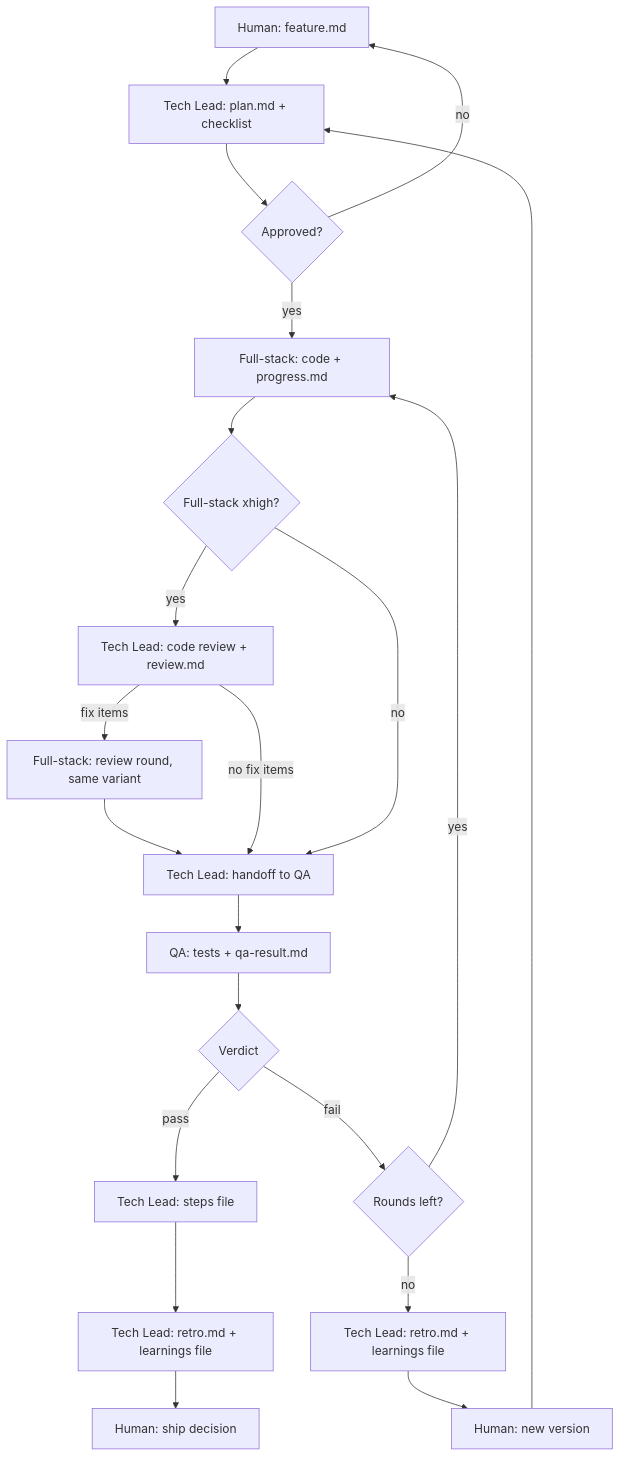
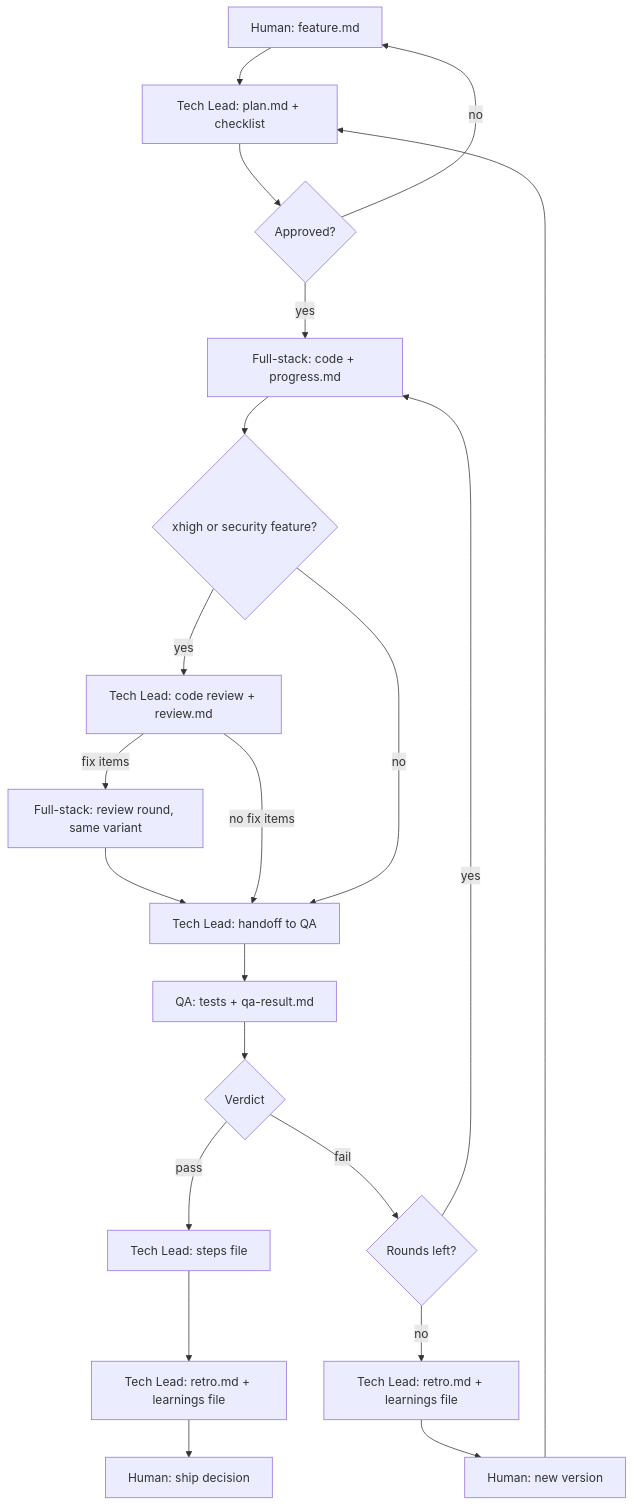
One commit to Antarsoft/morphness changed the diagram in template/harness/SETUP.md. Above: the diagram before and after it, drawn with Mermaid. The commit also changed other lines of this file and 32 other files, not shown here.

````diff
--- a/template/harness/SETUP.md
+++ b/template/harness/SETUP.md
@@ -165,23 +166,23 @@
 ```mermaid
 flowchart TD
   H[Human: feature.md] --> TL[Tech Lead: plan.md + checklist]
   TL --> A{Approved?}
   A -->|no| H
   A -->|yes| FS[Full-stack: code + progress.md]
-  FS --> CR{Full-stack xhigh?}
+  FS --> CR{xhigh or security feature?}
   CR -->|yes| RV[Tech Lead: code review + review.md]
   RV -->|fix items| RR[Full-stack: review round, same variant]
   RR --> TL2[Tech Lead: handoff to QA]
   RV -->|no fix items| TL2
   CR -->|no| TL2
   TL2 --> QA[QA: tests + qa-result.md]
   QA --> V{Verdict}
   V -->|pass| VF[Tech Lead: steps file]
   VF --> RT[Tech Lead: retro.md + learnings file]
   RT --> H2[Human: ship decision]
   V -->|fail| R{Rounds left?}
   R -->|yes| FS
   R -->|no| RT2[Tech Lead: retro.md + learnings file]
   RT2 --> H3[Human: new version]
   H3 --> TL
 ```
````
